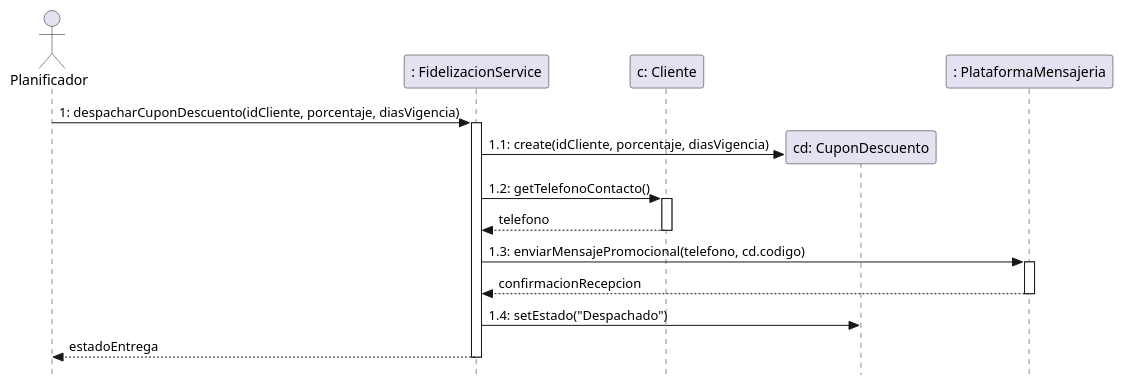
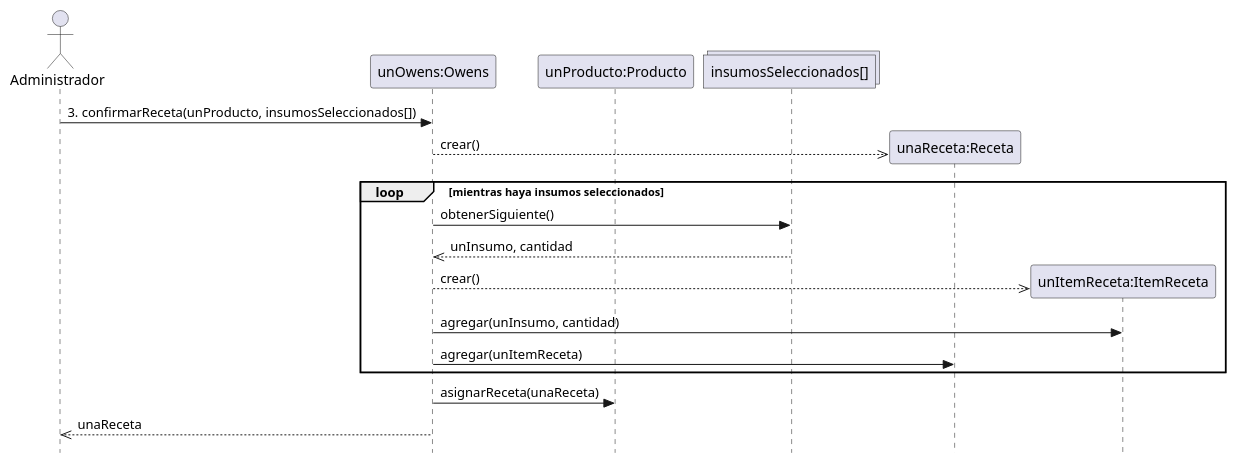
Before and after one commit to DiegoParadiso/owens: the ninth of 11 diagrams in docs/3_Especificacion_y_Diseno/3.4_realizaciones_casos_uso_dsd.md, drawn with PlantUML. The commit also changed other lines of this file and 1 other file, not shown here.

````diff
--- a/docs/3_Especificacion_y_Diseno/3.4_realizaciones_casos_uso_dsd.md
+++ b/docs/3_Especificacion_y_Diseno/3.4_realizaciones_casos_uso_dsd.md
@@ -208,34 +263,30 @@
 ```plantuml
 @startuml
 skinparam style strictuml
 hide footbox
 
-actor Planificador as P
-participant ": FidelizacionService" as Srv
-participant "c: Cliente" as Cliente
-participant "cd: CuponDescuento" as Cupon
-participant ": PlataformaMensajeria" as Msg
+actor Administrador as A
+participant "unOwens:Owens" as Owens
+participant "unProducto:Producto" as Prod
+collections "insumosSeleccionados[]" as ColSeleccion
 
-P -> Srv : 1: despacharCuponDescuento(idCliente, porcentaje, diasVigencia)
-activate Srv
+A -> Owens : 3. confirmarReceta(unProducto, insumosSeleccionados[])
 
-create Cupon
-Srv -> Cupon : 1.1: create(idCliente, porcentaje, diasVigencia)
+create participant "unaReceta:Receta" as Receta
+Owens -->> Receta : crear()
 
-Srv -> Cliente : 1.2: getTelefonoContacto()
-activate Cliente
-Cliente --> Srv : telefono
-deactivate Cliente
+loop mientras haya insumos seleccionados
+    Owens -> ColSeleccion : obtenerSiguiente()
+    ColSeleccion -->> Owens : unInsumo, cantidad
+    
+    create participant "unItemReceta:ItemReceta" as Item
+    Owens -->> Item : crear()
+    Owens -> Item : agregar(unInsumo, cantidad)
+    Owens -> Receta : agregar(unItemReceta)
+end
 
-Srv -> Msg : 1.3: enviarMensajePromocional(telefono, cd.codigo)
-activate Msg
-Msg --> Srv : confirmacionRecepcion
-deactivate Msg
+Owens -> Prod : asignarReceta(unaReceta)
 
-Srv -> Cupon : 1.4: setEstado("Despachado")
-
-Srv --> P : estadoEntrega
-deactivate Srv
-
+Owens -->> A : unaReceta
 @enduml
 ```
````
